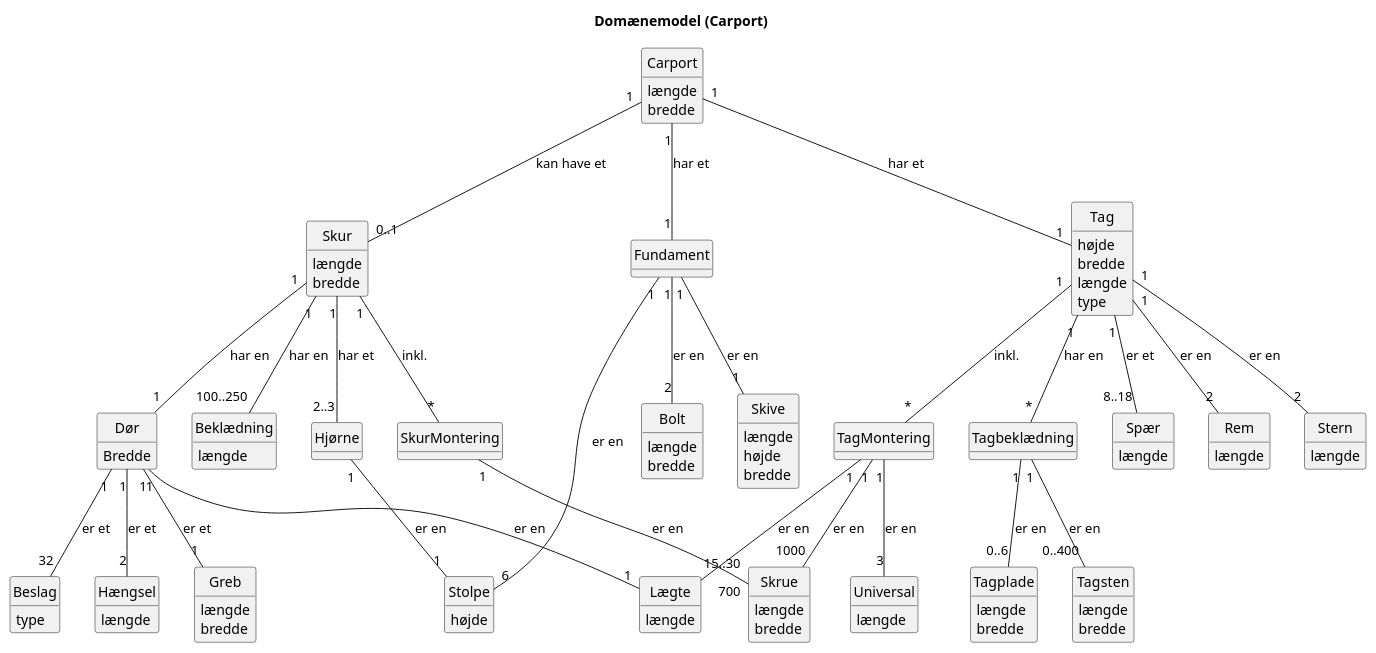
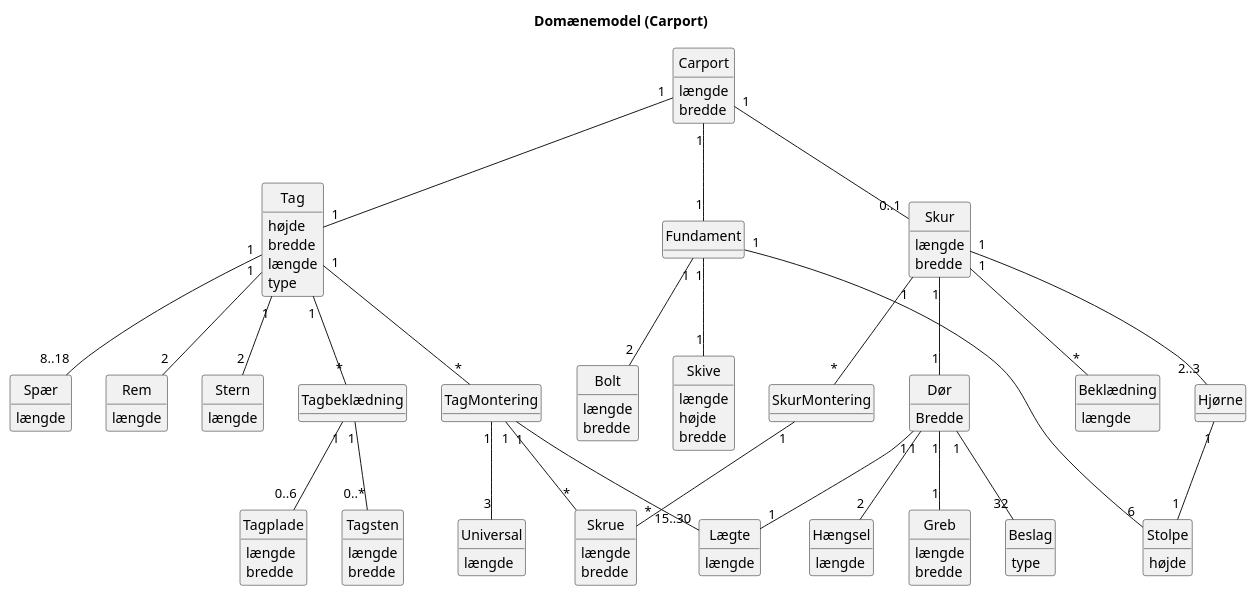
Before and after one commit to codergram/Fog: the diagram in Documentation/UML/Domæne model/Domain_Model_Styk_1.puml, drawn with PlantUML. The commit also changed 1 other file, not shown here.

```diff
--- a/Documentation/UML/Domæne model/Domain_Model_Styk_1.puml
+++ b/Documentation/UML/Domæne model/Domain_Model_Styk_1.puml
@@ -1,158 +1,158 @@
 @startuml
 Title Domænemodel (Carport)
 
 hide circle
 hide methods
 
 class Carport {
     længde
     bredde
 }
 
 class Tag {
     højde
     bredde
     længde
     type
 }
 
 class Tagbeklædning {
 
 }
 
 class TagMontering {
 
 }
 
 class Spær {
     længde
 }
 
 class Rem {
     længde
 }
 
 class Stern {
     længde
 }
 
 class Lægte {
     længde
 }
 
 class Fundament {
 
 }
 
 class Bolt {
    længde
    bredde
 }
 
 class Skive {
    længde
    højde
    bredde
 }
 
 class Stolpe {
    højde
 }
 
 class Skur {
 
 }
 
 class Skur {
     længde
     bredde
 }
 
 class Dør {
     Bredde
 }
 
 
 class Greb {
     længde
     bredde
 }
 
 class Beklædning {
     længde
 }
 
 class Hjørne {
 
 }
 
 class SkurMontering {
 
 }
 
 class Tagsten {
    længde
    bredde
 }
 
 class Tagplade {
    længde
    bredde
 }
 
 class Skrue {
     længde
     bredde
 }
 
 class Universal {
     længde
 }
 
 class Beslag {
     type
 }
 
 class Hængsel {
     længde
 }
 
-Carport "1" -- "1" Tag: har et
-Tag "1" -- "*" Tagbeklædning: har en
-Tagbeklædning "1" -- "0..400" Tagsten: er en
-Tagbeklædning "1" -- "0..6" Tagplade: er en
+Carport "1" -- "1" Tag
+Tag "1" -- "*" Tagbeklædning
+Tagbeklædning "1" -- "0..*" Tagsten
+Tagbeklædning "1" -- "0..6" Tagplade
 
 
-Tag "1" -- "*" TagMontering: inkl.
-TagMontering "1" -- "1000" Skrue: er en
-TagMontering "1" -- "3" Universal: er en
-TagMontering "1" -- "15..30" Lægte: er en
+Tag "1" -- "*" TagMontering
+TagMontering "1" -- "*" Skrue
+TagMontering "1" -- "3" Universal
+TagMontering "1" -- "15..30" Lægte
 
 
 
-Tag "1" -- "8..18" Spær: er et
-Tag "1" -- "2" Rem: er en
-Tag "1" -- "2" Stern: er en
+Tag "1" -- "8..18" Spær
+Tag "1" -- "2" Rem
+Tag "1" -- "2" Stern
 
 
 
-Carport "1" -- "1" Fundament: har et
-Fundament "1" -- "6" Stolpe: er en
-Fundament "1" -- "2" Bolt: er en
-Fundament "1" -- "1" Skive: er en
+Carport "1" -- "1" Fundament
+Fundament "1" -- "6" Stolpe
+Fundament "1" -- "2" Bolt
+Fundament "1" -- "1" Skive
 
 
-Carport "1" -- "0..1" Skur: kan have et
-Skur "1" -- "1" Dør: har en
-Skur "1" -- "100..250" Beklædning: har en
-Skur "1" -- "*" SkurMontering: inkl.
-SkurMontering "1" -- "700" Skrue: er en
-Skur "1" -- "2..3" Hjørne: har et
-Hjørne "1" -- "1" Stolpe: er en
-Dør "1" -- "1" Greb: er et
-Dør "1" -- "32" Beslag: er et
-Dør "1" -- "2" Hængsel: er et
-Dør "1" -- "1" Lægte: er en
+Carport "1" -- "0..1" Skur
+Skur "1" -- "1" Dør
+Skur "1" -- "*" Beklædning
+Skur "1" -- "*" SkurMontering
+SkurMontering "1" -- "*" Skrue
+Skur "1" -- "2..3" Hjørne
+Hjørne "1" -- "1" Stolpe
+Dør "1" -- "1" Greb
+Dør "1" -- "32" Beslag
+Dør "1" -- "2" Hængsel
+Dør "1" -- "1" Lægte
 
 
 @enduml
```
